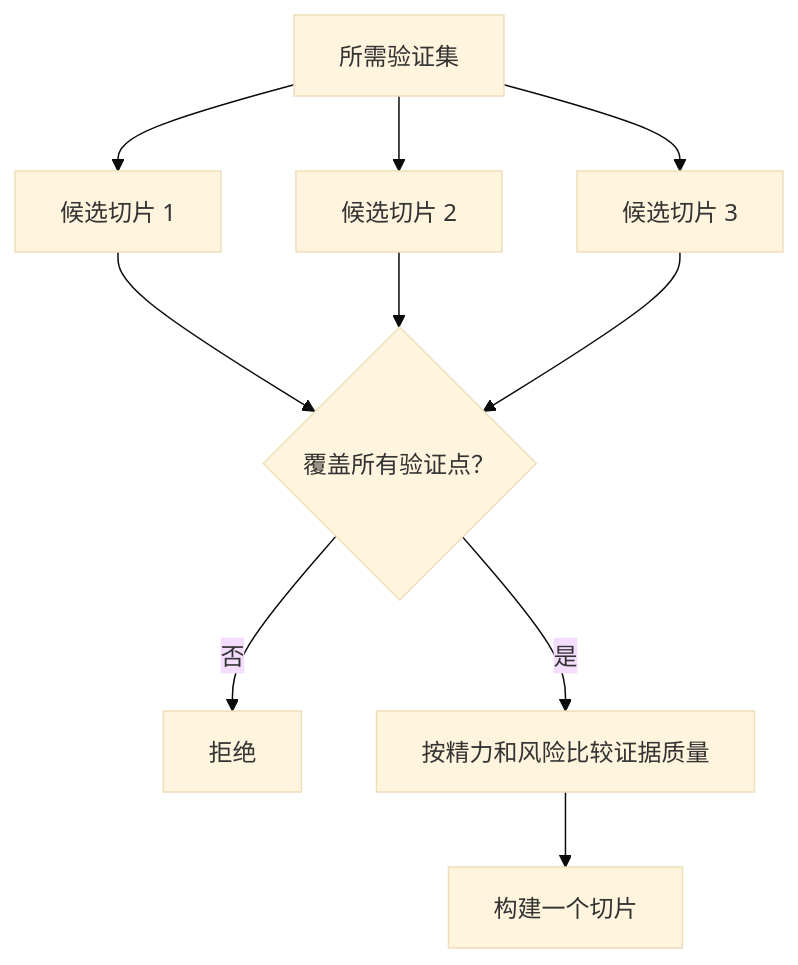
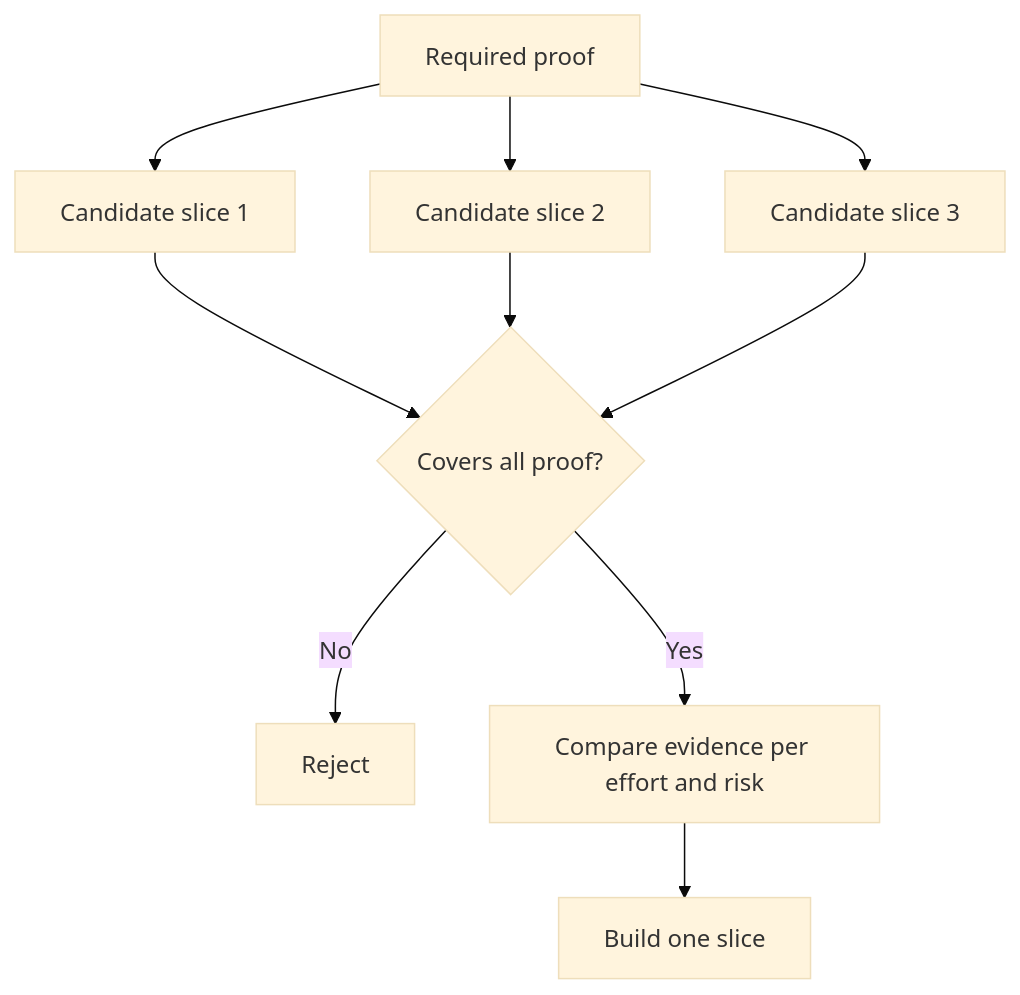
One commit to xiaojiaenen/ai-engineering-from-scratch-zh changed the diagram in i18n/zh/phases/14-agent-engineering/50-choose-the-smallest-testable-slice/docs/zh.md. Above: the diagram before and after it, drawn with Mermaid (base theme). The commit also changed other lines of this file and 54 other files, not shown here.

````diff
--- a/i18n/zh/phases/14-agent-engineering/50-choose-the-smallest-testable-slice/docs/zh.md
+++ b/i18n/zh/phases/14-agent-engineering/50-choose-the-smallest-testable-slice/docs/zh.md
@@ -43,12 +43,12 @@
 ```mermaid
 flowchart TD
-  R[所需验证集] --> C1[候选切片 1]
-  R --> C2[候选切片 2]
-  R --> C3[候选切片 3]
-  C1 --> G{覆盖所有验证点？}
+  R[Required proof] --> C1[Candidate slice 1]
+  R --> C2[Candidate slice 2]
+  R --> C3[Candidate slice 3]
+  C1 --> G{Covers all proof?}
   C2 --> G
   C3 --> G
-  G -->|否| X[拒绝]
-  G -->|是| S[按精力和风险比较证据质量]
-  S --> B[构建一个切片]
+  G -->|No| X[Reject]
+  G -->|Yes| S[Compare evidence per effort and risk]
+  S --> B[Build one slice]
 ```
````
